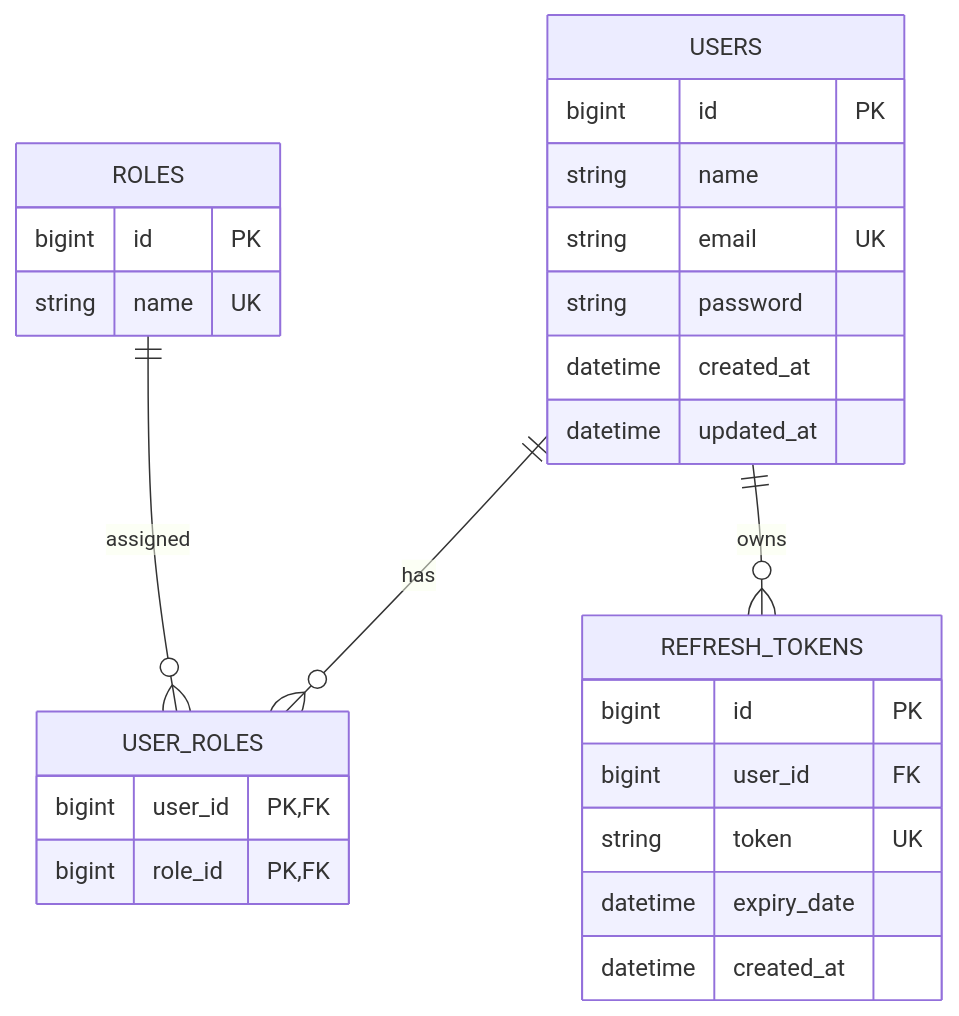
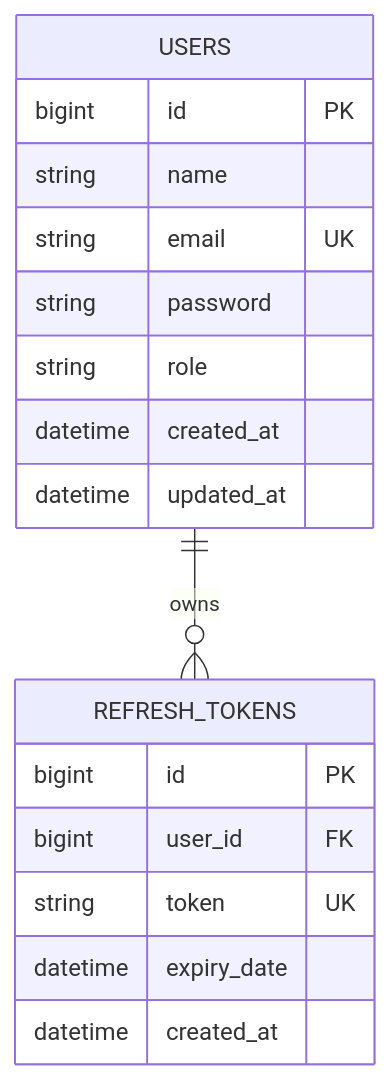
One commit to AmirKhan-MAK/G-Drive-Clone changed the first of 3 diagrams in database-schema.md. Above: the diagram before and after it, drawn with Mermaid. The commit also changed other lines of this file and 40 other files, not shown here.

````diff
--- a/database-schema.md
+++ b/database-schema.md
@@ -33,33 +33,22 @@
 ```mermaid
 erDiagram
-    USERS ||--o{ USER_ROLES : has
-    ROLES ||--o{ USER_ROLES : assigned
     USERS ||--o{ REFRESH_TOKENS : owns
 
     USERS {
         bigint id PK
         string name
         string email UK
         string password
+        string role
         datetime created_at
         datetime updated_at
-    }
-
-    ROLES {
-        bigint id PK
-        string name UK
-    }
-
-    USER_ROLES {
-        bigint user_id PK, FK
-        bigint role_id PK, FK
     }
 
     REFRESH_TOKENS {
         bigint id PK
         bigint user_id FK
         string token UK
         datetime expiry_date
         datetime created_at
     }
 ```
````
